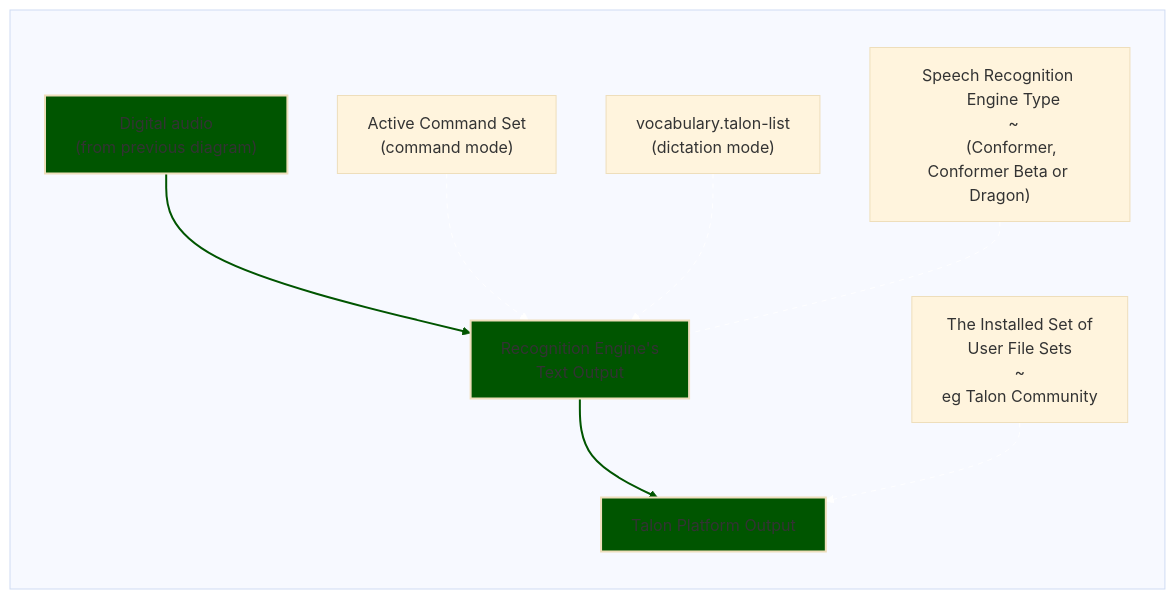
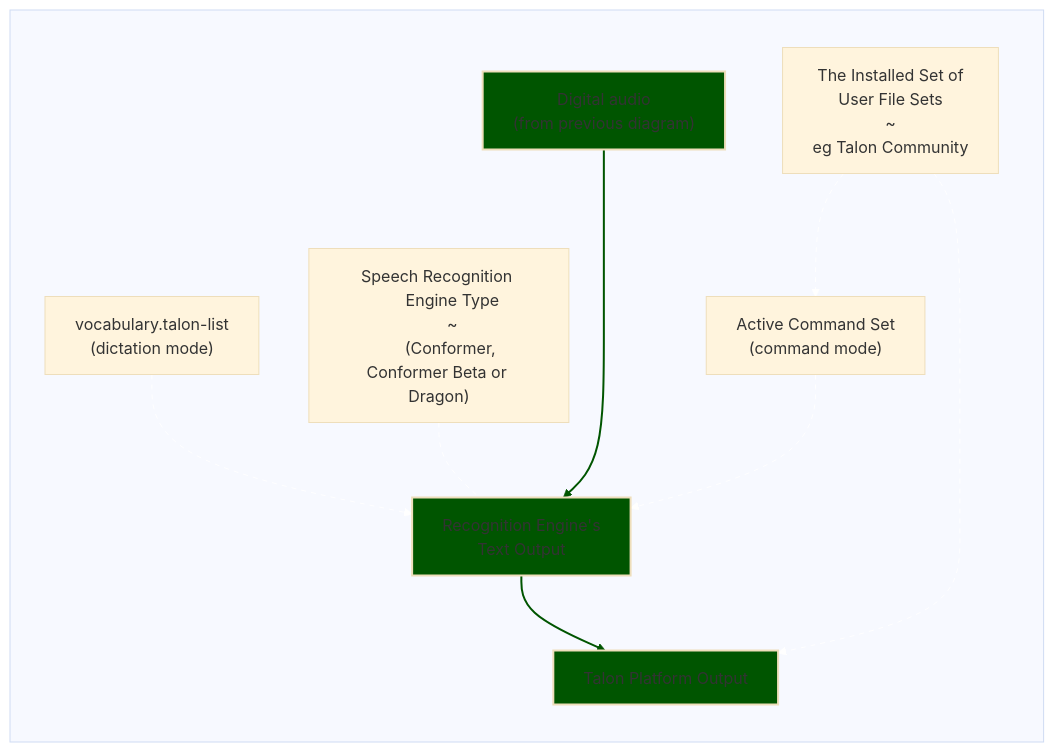
Before and after one commit to TalonCommunity/Wiki: the fourth of 4 diagrams in docs/Resource Hub/Speech Recognition/improving_recognition_accuracy.md, drawn with Mermaid (base theme). The commit also changed 13 other files, not shown here.

````diff
--- a/docs/Resource Hub/Speech Recognition/improving_recognition_accuracy.md
+++ b/docs/Resource Hub/Speech Recognition/improving_recognition_accuracy.md
@@ -263,47 +263,49 @@
 ```mermaid
 flowchart
   subgraph final_stage [" "]
     direction TB
     app_audio["Digital audio
       (from previous diagram)"]
     %% link id: 0
-    app_audio --> text_output
-
-    active_command_set["Active Command Set
-      (command mode)"]
-    %% link id: 1
-    active_command_set --> text_output
+    app_audio ---> text_output
 
     vocabulary["vocabulary.talon-list
       (dictation mode)"]
-    %% link id: 2
+    %% link id: 1
     vocabulary --> text_output
-
-    text_output["Recognition Engine's
-      Text Output"]
-    %% link id: 3
-    text_output --> talon_output
     
     engine_type["Speech Recognition 
       Engine Type
       ~
       (Conformer, Conformer Beta or Dragon)"]
-    %% link id: 4
+    %% link id: 2
     engine_type --- text_output
 
     user_file_sets["The Installed Set of
       User File Sets
       ~
       eg Talon Community"]
+    %% link id: 3
+    user_file_sets --> active_command_set
+    %% link id: 4
+    user_file_sets --> talon_output
+
+    text_output["Recognition Engine's
+      Text Output"]
     %% link id: 5
-    user_file_sets --> talon_output
+    text_output --> talon_output
+
+    active_command_set["Active Command Set
+      (command mode)"]
+    %% link id: 6
+    active_command_set --> text_output
     
     talon_output["Talon Platform Output"]
 
     classDef mainInfoPath fill:#050,stroke-width:2px;
     class app_audio,text_output,talon_output mainInfoPath;
 
-    linkStyle 0,3 stroke:#050,stroke-width:2px,color:red;
-    linkStyle 1,2,4,5 stroke:#fff,color:black,stroke-dasharray: 5 5;
+    linkStyle 0,5 stroke:#050,stroke-width:2px,color:red;
+    linkStyle 1,2,3,4,6 stroke:#fff,color:black,stroke-dasharray: 5 5;
   end
 ```
````
